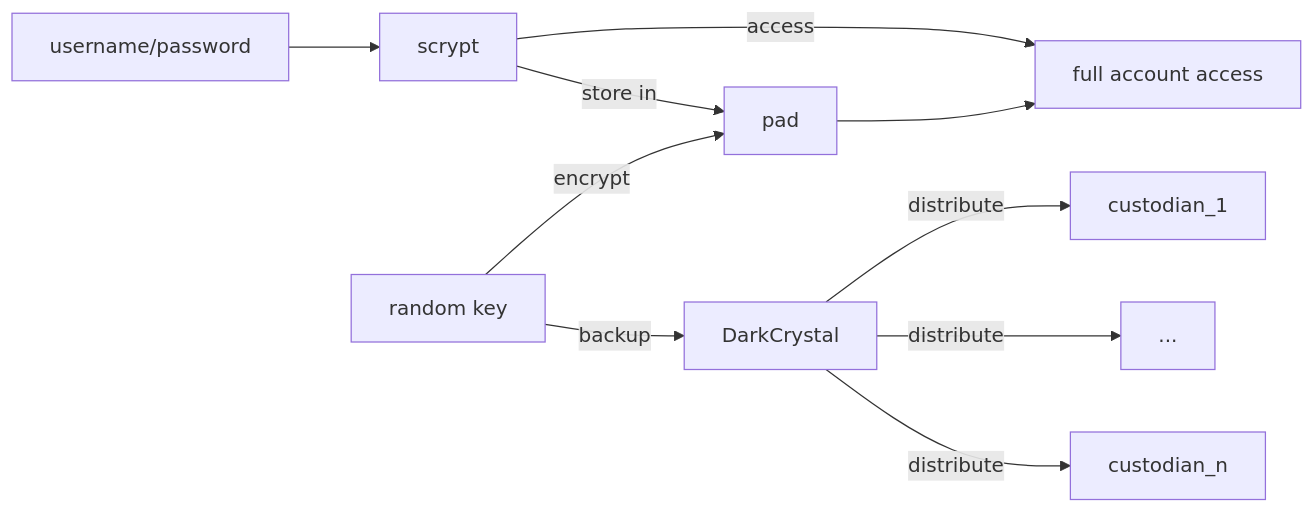
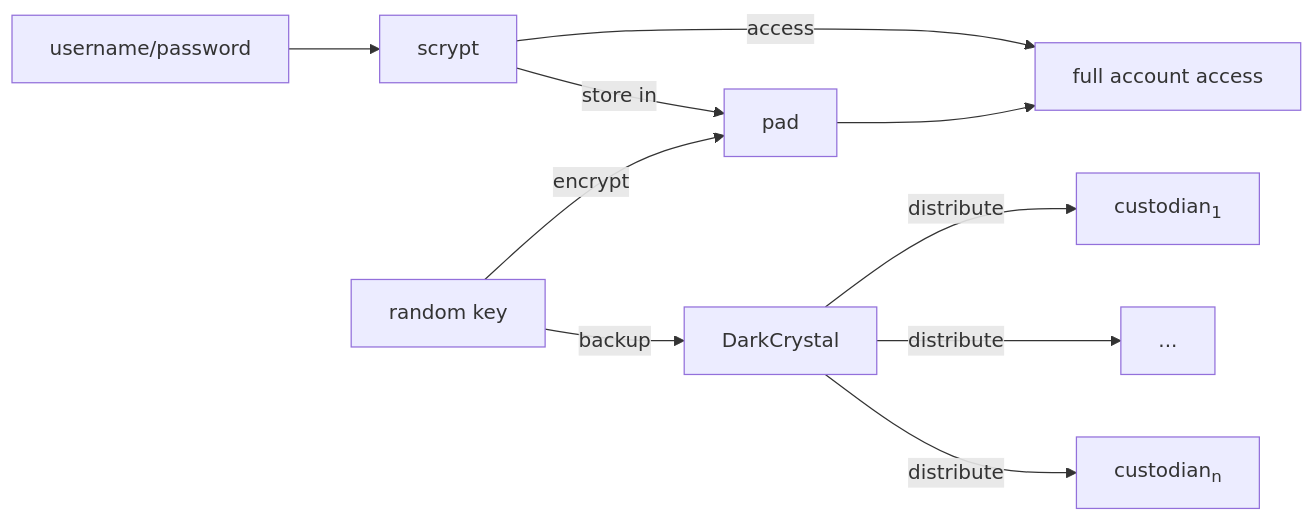
Before and after one commit to cryptpad/blueprints: the second of 2 diagrams in feature-proposals/secretsharing.md, drawn with Mermaid. The commit also changed other lines of this file, not shown here.

Commit message:
Graphs with mermaid in secret sharing

````diff
--- a/feature-proposals/secretsharing.md
+++ b/feature-proposals/secretsharing.md
@@ -154,11 +155,9 @@
-```mermaid
+<pre class="mermaid">
 graph LR
 
 username/password --> scrypt --> |store in| pad
 scrypt --> |access| account
 
-random[random key]   --> |backup| DarkCrystal --> | distribute| custodian_1 & ... & custodian_n
-
+random[random key]   --> |backup| DarkCrystal --> | distribute| custodian_1["custodian<sub>1</sub>"] & ... & custodian_n["custodian<sub>n</sub>"]
 random --> | encrypt| pad --> account[full account access]
-
-```
+</pre>
````
